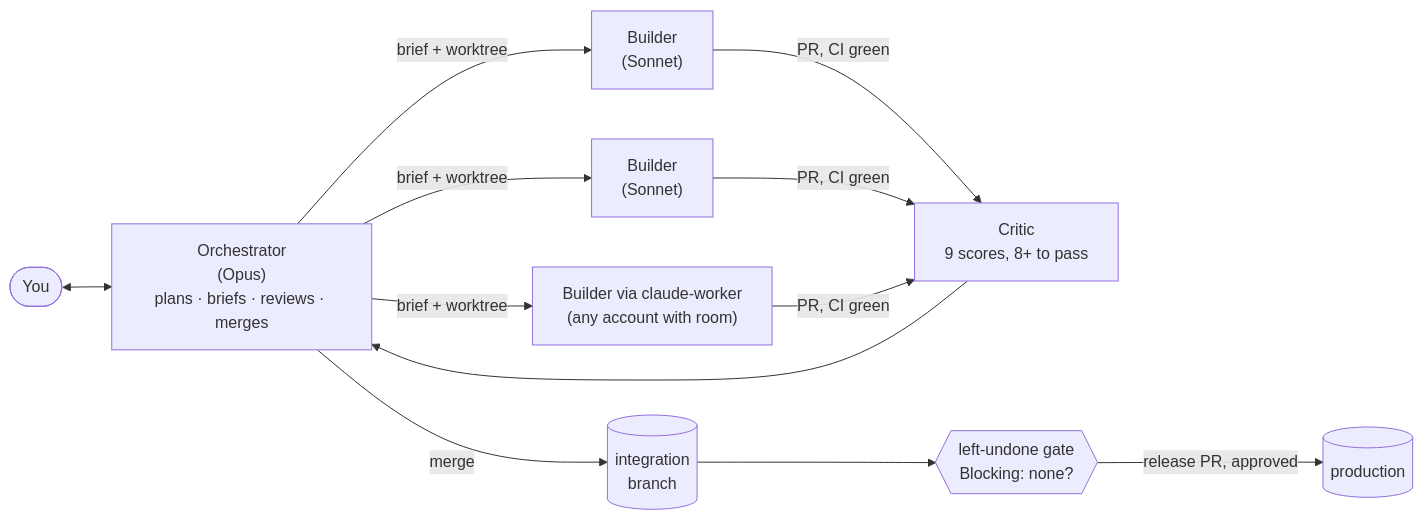
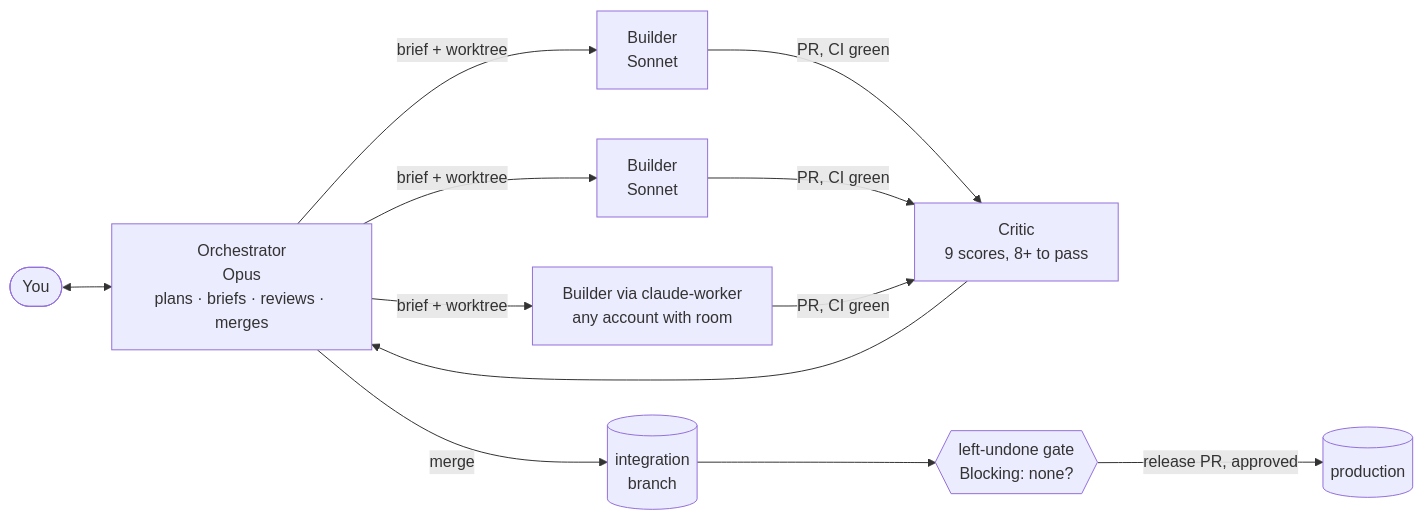
Before and after one commit to jake-jiffi/workbench: the diagram in README.md, drawn with Mermaid. The commit also changed other lines of this file and 23 other files, not shown here.

````diff
--- a/README.md
+++ b/README.md
@@ -65,12 +66,12 @@
 ```mermaid
 flowchart LR
-    you([You]) <--> orch["Orchestrator<br/>(Opus)<br/>plans · briefs · reviews · merges"]
-    orch -- "brief + worktree" --> b1["Builder<br/>(Sonnet)"]
-    orch -- "brief + worktree" --> b2["Builder<br/>(Sonnet)"]
-    orch -- "brief + worktree" --> b3["Builder via claude-worker<br/>(any account with room)"]
+    you([You]) <--> orch["Orchestrator<br/>Opus<br/>plans · briefs · reviews · merges"]
+    orch -- "brief + worktree" --> b1["Builder<br/>Sonnet"]
+    orch -- "brief + worktree" --> b2["Builder<br/>Sonnet"]
+    orch -- "brief + worktree" --> b3["Builder via claude-worker<br/>any account with room"]
     b1 & b2 & b3 -- "PR, CI green" --> critic["Critic<br/>9 scores, 8+ to pass"]
     critic --> orch
     orch -- "merge" --> int[(integration<br/>branch)]
     int --> gate{{"left-undone gate<br/>Blocking: none?"}}
     gate -- "release PR, approved" --> prod[(production)]
 ```
````
